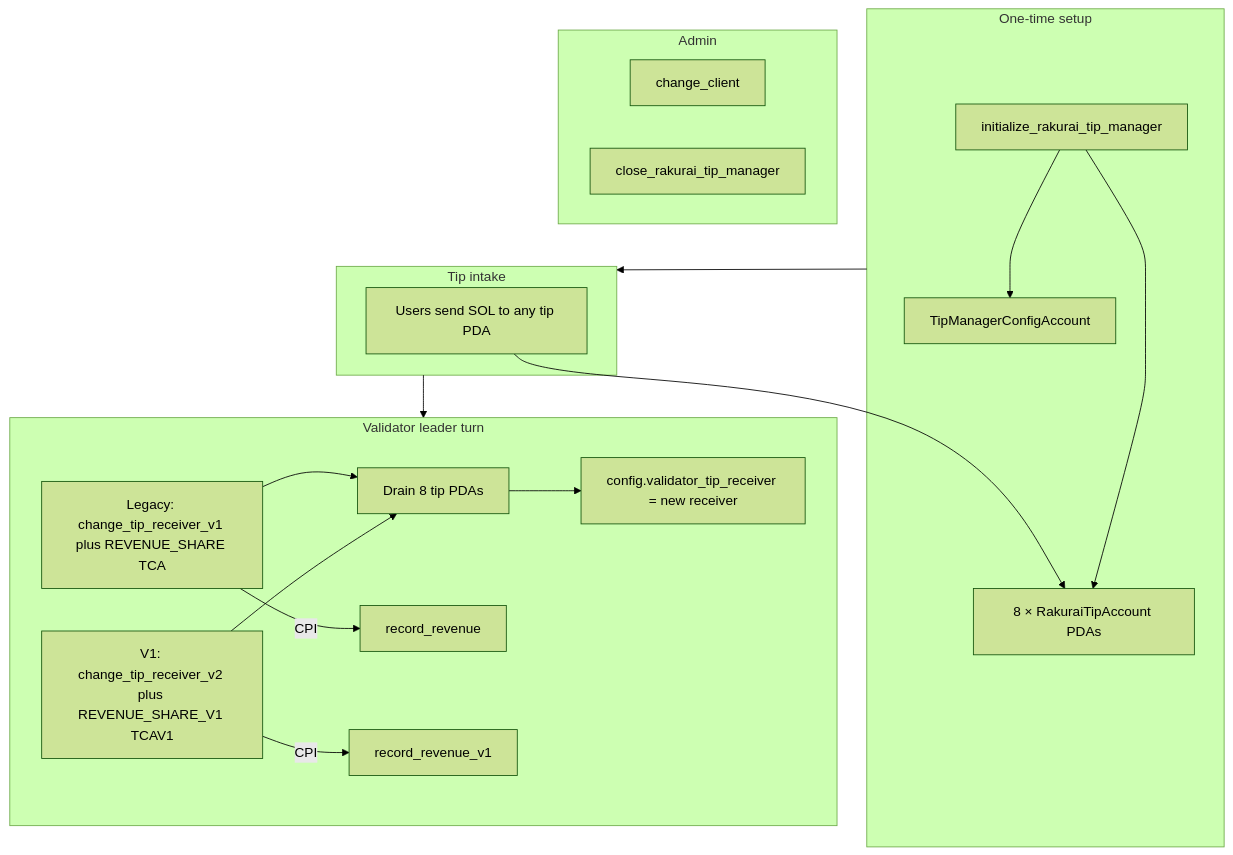
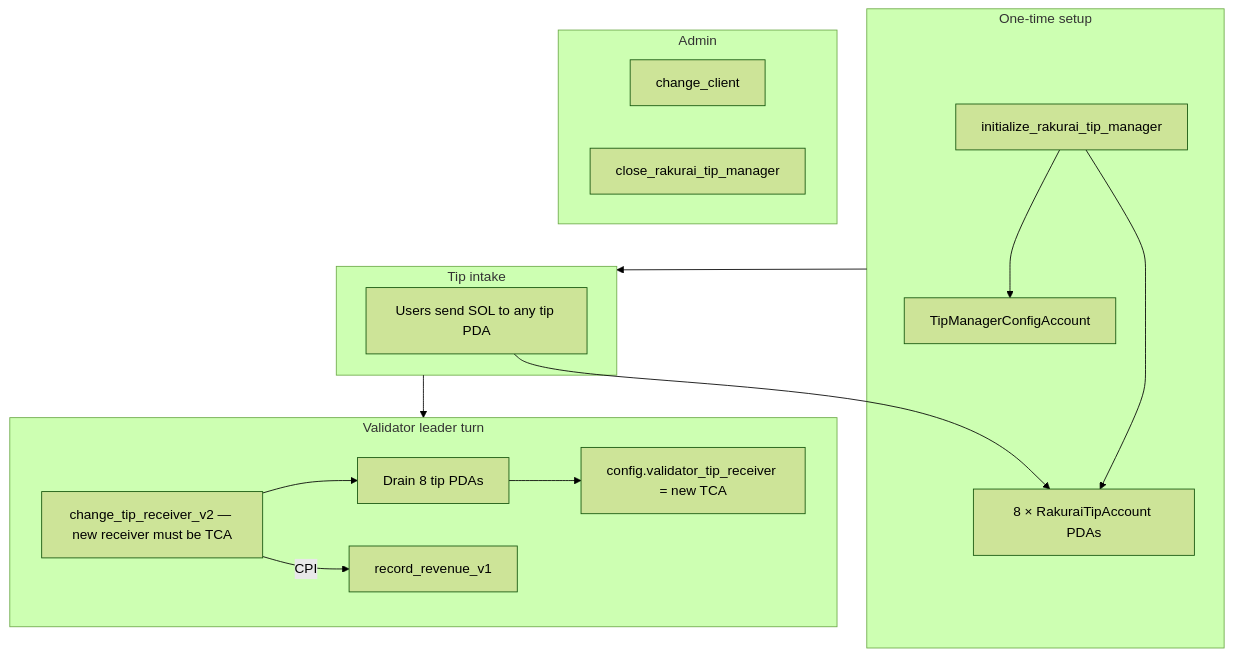
Before and after one commit to rakurai-io/rakurai_programs: the third of 5 diagrams in diagram/program-flow-diagrams.md, drawn with Mermaid (forest theme). The commit also changed other lines of this file and 45 other files, not shown here.

First line of the commit message:
feature/validator_config_program (#19)

````diff
--- a/diagram/program-flow-diagrams.md
+++ b/diagram/program-flow-diagrams.md
@@ -117,31 +122,28 @@
 ```mermaid
 flowchart TD
     subgraph setup [One-time setup]
         T0[initialize_rakurai_tip_manager]
         T0 --> CFG[TipManagerConfigAccount]
         T0 --> TIPS[8 × RakuraiTipAccount PDAs]
     end
 
     subgraph users [Tip intake]
         U1[Users send SOL to any tip PDA]
         U1 --> TIPS
     end
 
     subgraph drain [Validator leader turn]
-        PREL[Legacy: change_tip_receiver_v1 plus REVENUE_SHARE TCA]
-        PREV[V1: change_tip_receiver_v2 plus REVENUE_SHARE_V1 TCAV1]
-        PREL --> DRAIN[Drain 8 tip PDAs]
-        PREV --> DRAIN
-        DRAIN --> CFG2[config.validator_tip_receiver = new receiver]
-        PREL -->|CPI| RECL[record_revenue]
+        PREV[change_tip_receiver_v2 — new receiver must be TCA]
+        PREV --> DRAIN[Drain 8 tip PDAs]
+        DRAIN --> CFG2[config.validator_tip_receiver = new TCA]
         PREV -->|CPI| RECV[record_revenue_v1]
     end
 
     subgraph admin [Admin]
         A1[change_client]
         A2[close_rakurai_tip_manager]
     end
 
     setup --> users
     users --> drain
 ```
````
